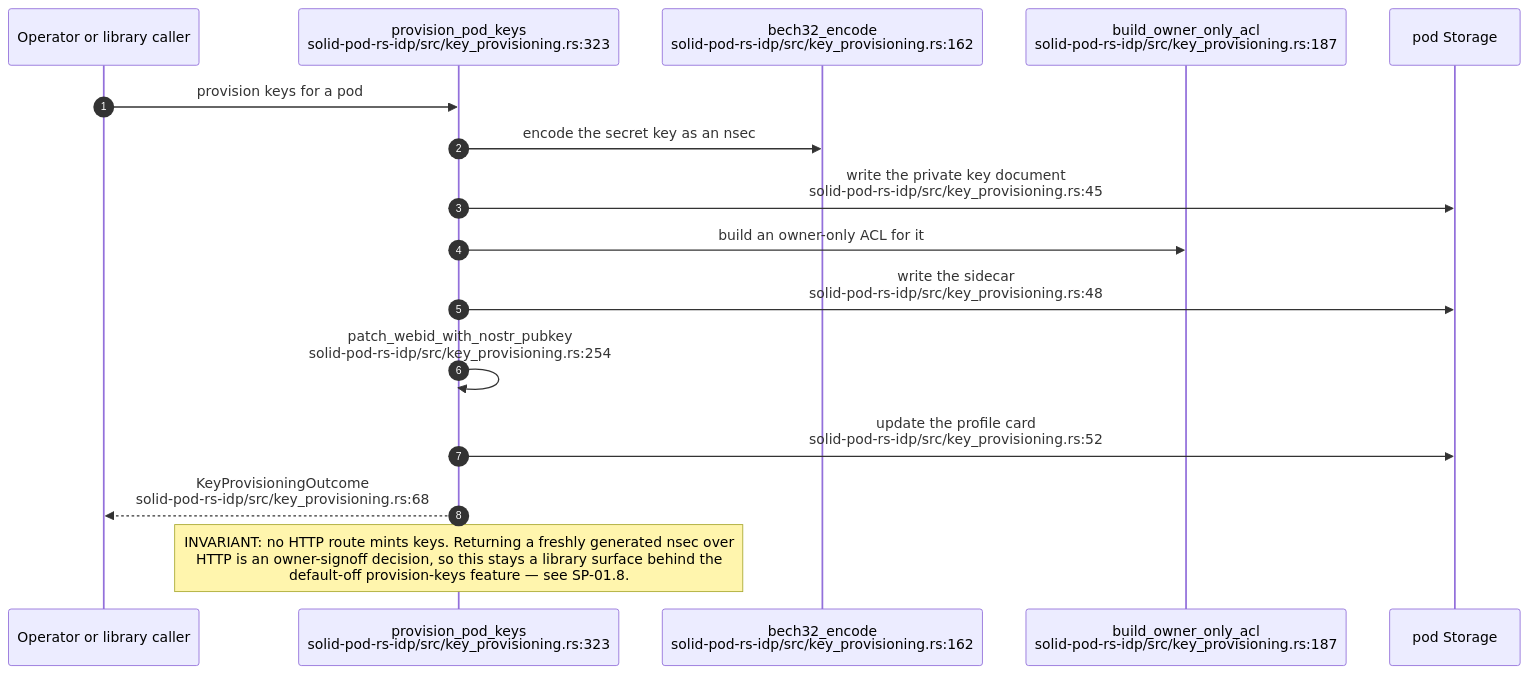
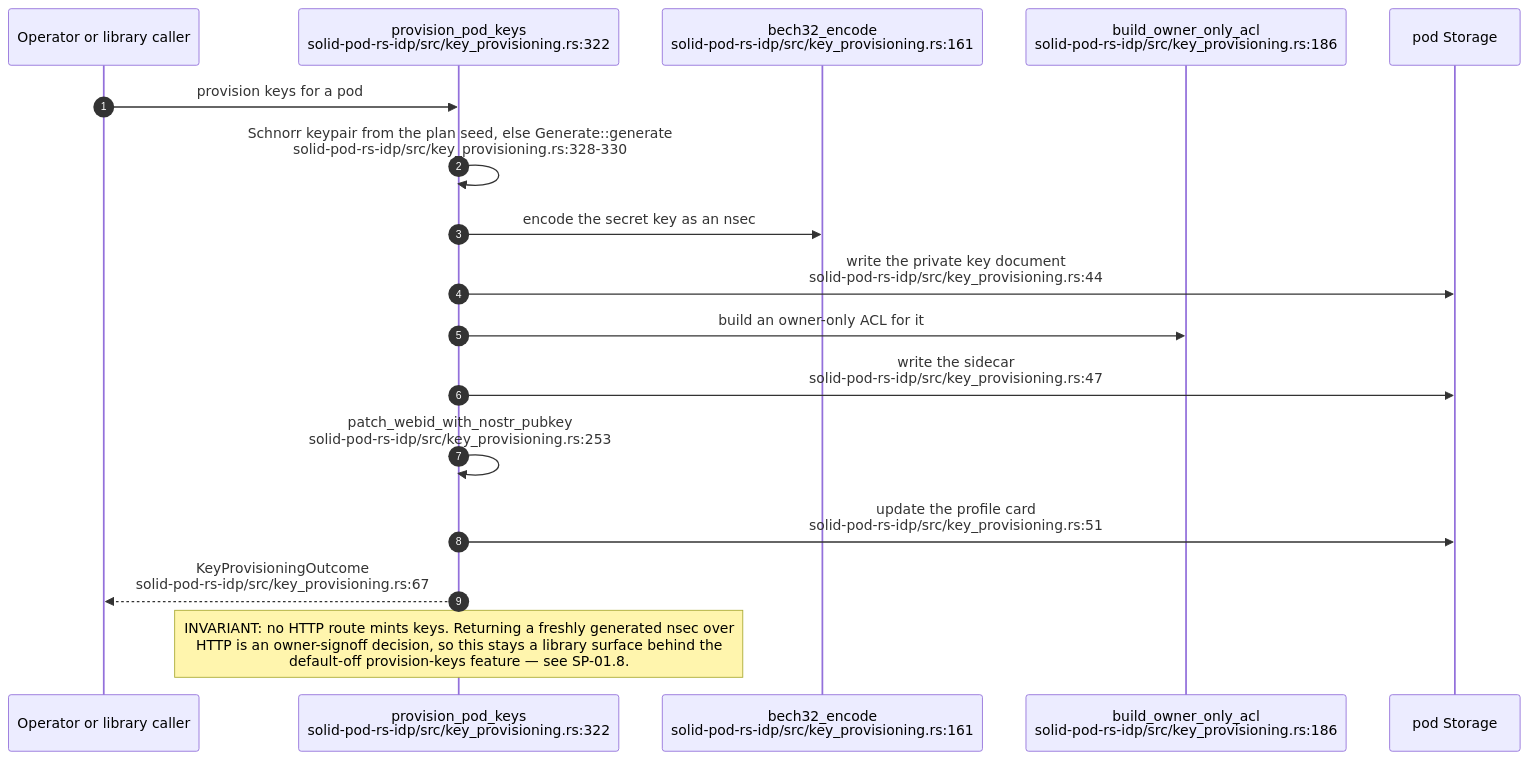
One commit to DreamLab-AI/VisionFlow changed diagram 16 of 18 in docs/diagrams/solid-pod-rs/05-identity-nip98-did-oidc.md. Above: the diagram before and after it, drawn with Mermaid. The commit also changed other lines of this file and 142 other files, not shown here.

First line of the commit message:
docs(diagrams): one System One route; re-verify 140 topics at today's heads

````diff
--- a/docs/diagrams/solid-pod-rs/05-identity-nip98-did-oidc.md
+++ b/docs/diagrams/solid-pod-rs/05-identity-nip98-did-oidc.md
@@ -499,19 +499,20 @@
 ```mermaid
 sequenceDiagram
     autonumber
     participant OP as Operator or library caller
-    participant PV as provision_pod_keys<br/>solid-pod-rs-idp/src/key_provisioning.rs:323
-    participant B32 as bech32_encode<br/>solid-pod-rs-idp/src/key_provisioning.rs:162
-    participant ACL as build_owner_only_acl<br/>solid-pod-rs-idp/src/key_provisioning.rs:187
+    participant PV as provision_pod_keys<br/>solid-pod-rs-idp/src/key_provisioning.rs:322
+    participant B32 as bech32_encode<br/>solid-pod-rs-idp/src/key_provisioning.rs:161
+    participant ACL as build_owner_only_acl<br/>solid-pod-rs-idp/src/key_provisioning.rs:186
     participant S as pod Storage
 
     OP->>PV: provision keys for a pod
+    PV->>PV: Schnorr keypair from the plan seed, else Generate::generate<br/>solid-pod-rs-idp/src/key_provisioning.rs:328-330
     PV->>B32: encode the secret key as an nsec
-    PV->>S: write the private key document<br/>solid-pod-rs-idp/src/key_provisioning.rs:45
+    PV->>S: write the private key document<br/>solid-pod-rs-idp/src/key_provisioning.rs:44
     PV->>ACL: build an owner-only ACL for it
-    PV->>S: write the sidecar<br/>solid-pod-rs-idp/src/key_provisioning.rs:48
-    PV->>PV: patch_webid_with_nostr_pubkey<br/>solid-pod-rs-idp/src/key_provisioning.rs:254
-    PV->>S: update the profile card<br/>solid-pod-rs-idp/src/key_provisioning.rs:52
-    PV-->>OP: KeyProvisioningOutcome<br/>solid-pod-rs-idp/src/key_provisioning.rs:68
+    PV->>S: write the sidecar<br/>solid-pod-rs-idp/src/key_provisioning.rs:47
+    PV->>PV: patch_webid_with_nostr_pubkey<br/>solid-pod-rs-idp/src/key_provisioning.rs:253
+    PV->>S: update the profile card<br/>solid-pod-rs-idp/src/key_provisioning.rs:51
+    PV-->>OP: KeyProvisioningOutcome<br/>solid-pod-rs-idp/src/key_provisioning.rs:67
     Note over PV: INVARIANT: no HTTP route mints keys. Returning a freshly generated nsec over<br/>HTTP is an owner-signoff decision, so this stays a library surface behind the<br/>default-off provision-keys feature — see SP-01.8.
 ```
````
